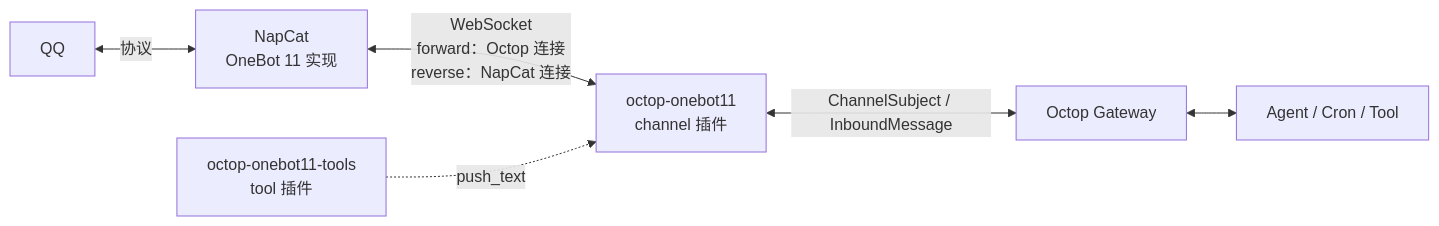
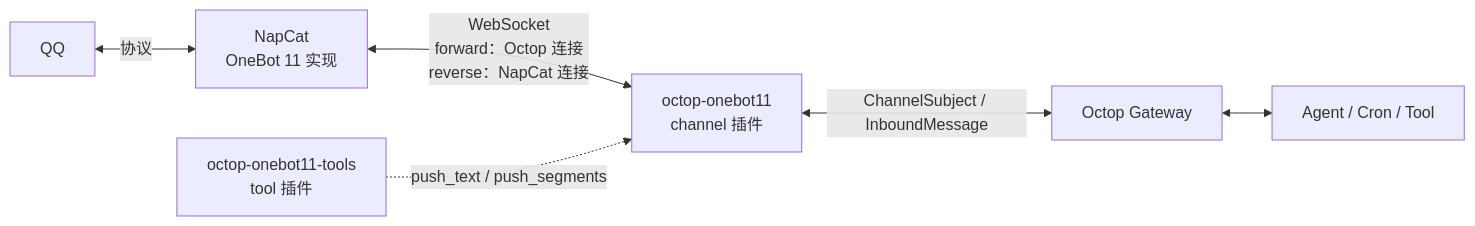
The diagram in README.md (EchoAI-01/octop-onebot11), drawn with Mermaid before and after one commit. The commit also changed other lines of this file and 2 other files, not shown here.

First line of the commit message:
docs: rewrite README and split roadmap into ROADMAP.md

````diff
--- a/README.md
+++ b/README.md
@@ -45,9 +47,8 @@
 ```mermaid
 flowchart LR
     QQ[QQ] <-->|协议| NC["NapCat<br/>OneBot 11 实现"]
     NC <-->|"WebSocket<br/>forward：Octop 连接<br/>reverse：NapCat 连接"| CH["octop-onebot11<br/>channel 插件"]
     CH <-->|ChannelSubject / InboundMessage| GW[Octop Gateway]
     GW <--> AG["Agent / Cron / Tool"]
-
-    TOOLS["octop-onebot11-tools<br/>tool 插件"] -.->|push_text| CH
+    TOOLS["octop-onebot11-tools<br/>tool 插件"] -.->|push_text / push_segments| CH
 ```
````
